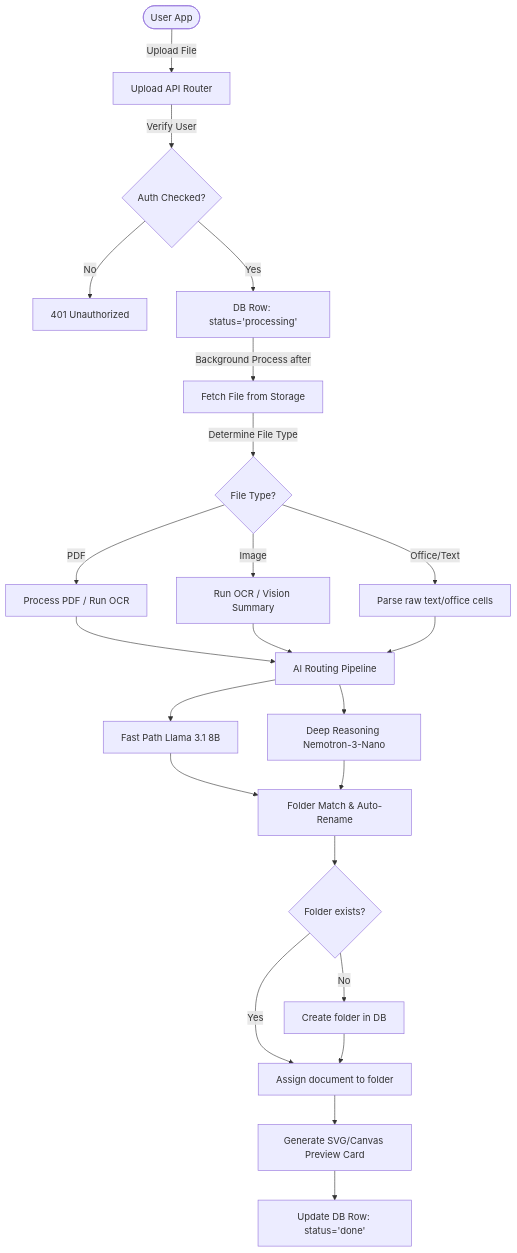
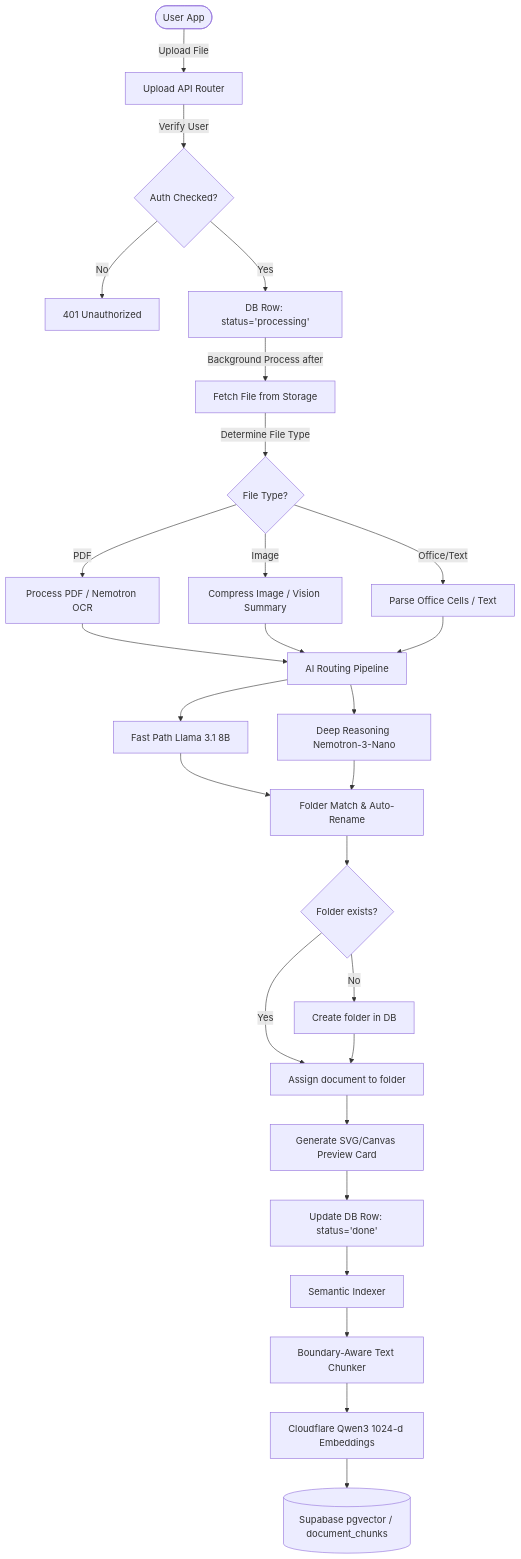
The first of 2 diagrams in README.md (aayushverma246-ai/PaperWait), drawn with Mermaid before and after one commit. The commit also changed other lines of this file and 8 other files, not shown here.

Commit message:
docs: document RAG chatbot and semantic search systems, add env template, and complete auth recovery flow

````diff
--- a/README.md
+++ b/README.md
@@ -43,31 +66,36 @@
 ```mermaid
 graph TD
     User([User App]) -->|Upload File| UploadAPI[Upload API Router]
     UploadAPI -->|Verify User| AuthCheck{Auth Checked?}
     AuthCheck -->|No| Unauthorized[401 Unauthorized]
     AuthCheck -->|Yes| DBInit[DB Row: status='processing']
     
     DBInit -->|Background Process after| Download[Fetch File from Storage]
     Download -->|Determine File Type| Pipeline{File Type?}
     
-    Pipeline -->|PDF| PDFOcr[Process PDF / Run OCR]
-    Pipeline -->|Image| ImgOcr[Run OCR / Vision Summary]
-    Pipeline -->|Office/Text| TextParse[Parse raw text/office cells]
+    Pipeline -->|PDF| PDFOcr[Process PDF / Nemotron OCR]
+    Pipeline -->|Image| ImgOcr[Compress Image / Vision Summary]
+    Pipeline -->|Office/Text| TextParse[Parse Office Cells / Text]
     
     PDFOcr --> LLMRoute[AI Routing Pipeline]
     ImgOcr --> LLMRoute
     TextParse --> LLMRoute
     
     LLMRoute --> LlamaPath[Fast Path Llama 3.1 8B]
     LLMRoute --> NemoPath[Deep Reasoning Nemotron-3-Nano]
     
     LlamaPath --> Normalizer[Folder Match & Auto-Rename]
     NemoPath --> Normalizer
     
     Normalizer --> FolderMatch{Folder exists?}
     FolderMatch -->|Yes| BindDoc[Assign document to folder]
     FolderMatch -->|No| CreateFolder[Create folder in DB] --> BindDoc
     
     BindDoc --> GenPreview[Generate SVG/Canvas Preview Card]
     GenPreview --> SaveDB[Update DB Row: status='done']
+    
+    SaveDB --> AutoIndex[Semantic Indexer]
+    AutoIndex --> Chunker[Boundary-Aware Text Chunker]
+    Chunker --> Embeddings[Cloudflare Qwen3 1024-d Embeddings]
+    Embeddings --> VectorDB[(Supabase pgvector / document_chunks)]
 ```
````
